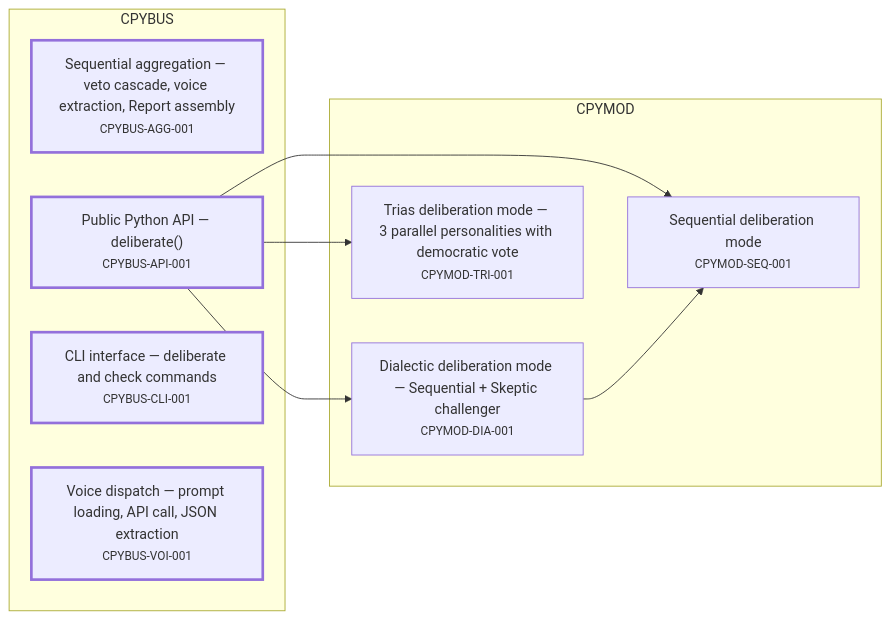
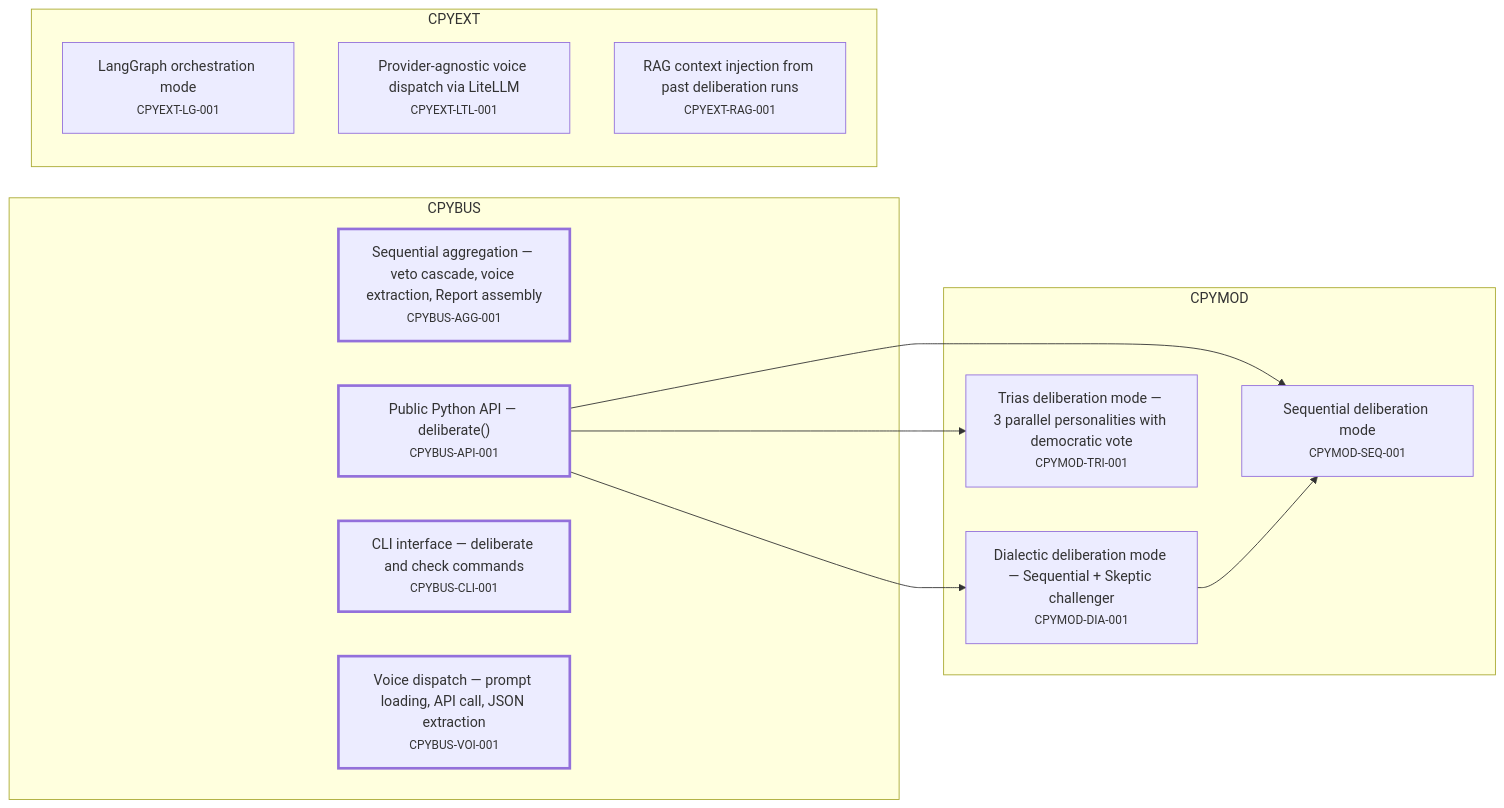
The first of 4 diagrams in requirements/_map.md (alxmax/Consilium-py), drawn with Mermaid before and after one commit. The commit also changed other lines of this file and 22 other files, not shown here.

````diff
--- a/requirements/_map.md
+++ b/requirements/_map.md
@@ -13,22 +13,27 @@
 ```mermaid
 graph LR
   subgraph sg_CPYBUS["CPYBUS"]
     CPYBUS_AGG_001["Sequential aggregation — veto cascade, voice extraction, Report assembly<br><small>CPYBUS-AGG-001</small>"]
     CPYBUS_API_001["Public Python API — deliberate()<br><small>CPYBUS-API-001</small>"]
     CPYBUS_CLI_001["CLI interface — deliberate and check commands<br><small>CPYBUS-CLI-001</small>"]
     CPYBUS_VOI_001["Voice dispatch — prompt loading, API call, JSON extraction<br><small>CPYBUS-VOI-001</small>"]
+  end
+  subgraph sg_CPYEXT["CPYEXT"]
+    CPYEXT_LG_001["LangGraph orchestration mode<br><small>CPYEXT-LG-001</small>"]
+    CPYEXT_LTL_001["Provider-agnostic voice dispatch via LiteLLM<br><small>CPYEXT-LTL-001</small>"]
+    CPYEXT_RAG_001["RAG context injection from past deliberation runs<br><small>CPYEXT-RAG-001</small>"]
   end
   subgraph sg_CPYMOD["CPYMOD"]
     CPYMOD_DIA_001["Dialectic deliberation mode — Sequential + Skeptic challenger<br><small>CPYMOD-DIA-001</small>"]
     CPYMOD_SEQ_001["Sequential deliberation mode<br><small>CPYMOD-SEQ-001</small>"]
     CPYMOD_TRI_001["Trias deliberation mode — 3 parallel personalities with democratic vote<br><small>CPYMOD-TRI-001</small>"]
   end
   CPYBUS_API_001 --> CPYMOD_SEQ_001
   CPYBUS_API_001 --> CPYMOD_DIA_001
   CPYBUS_API_001 --> CPYMOD_TRI_001
   CPYMOD_DIA_001 --> CPYMOD_SEQ_001
   style CPYBUS_AGG_001 stroke-width:3px
   style CPYBUS_API_001 stroke-width:3px
   style CPYBUS_CLI_001 stroke-width:3px
   style CPYBUS_VOI_001 stroke-width:3px
 ```
````
